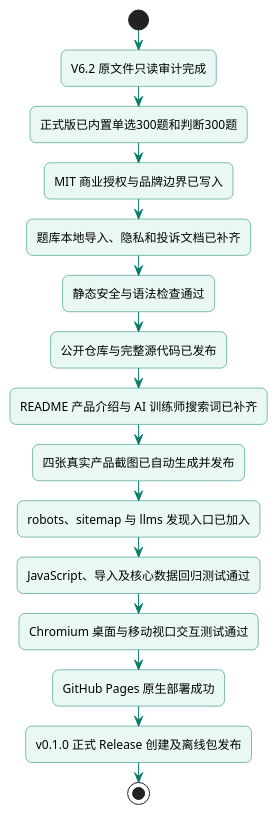
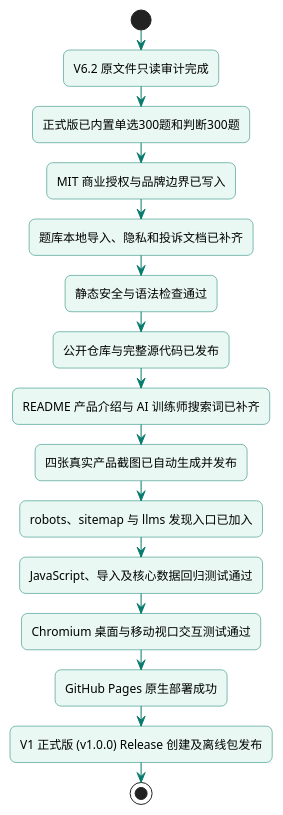
Before and after one commit to jin-shanghai/zhiti-learning: the diagram in PROJECT_STATUS.puml, drawn with PlantUML.

Commit message:
release: use V1 as public stable name and v1.0.0 as Git tag

```diff
--- a/PROJECT_STATUS.puml
+++ b/PROJECT_STATUS.puml
@@ -1,24 +1,24 @@
 @startuml
 skinparam shadowing false
 skinparam roundcorner 12
 skinparam defaultFontName Arial
 skinparam ArrowColor #087b6d
 skinparam ActivityBorderColor #087b6d
 skinparam ActivityBackgroundColor #e9f8f2
 skinparam ActivityDiamondBackgroundColor #fff4df
 start
 :V6.2 原文件只读审计完成;
 :正式版已内置单选300题和判断300题;
 :MIT 商业授权与品牌边界已写入;
 :题库本地导入、隐私和投诉文档已补齐;
 :静态安全与语法检查通过;
 :公开仓库与完整源代码已发布;
 :README 产品介绍与 AI 训练师搜索词已补齐;
 :四张真实产品截图已自动生成并发布;
 :robots、sitemap 与 llms 发现入口已加入;
 :JavaScript、导入及核心数据回归测试通过;
 :Chromium 桌面与移动视口交互测试通过;
 :GitHub Pages 原生部署成功;
-:v0.1.0 正式 Release 创建及离线包发布;
+:V1 正式版 (v1.0.0) Release 创建及离线包发布;
 stop
 @enduml
```
